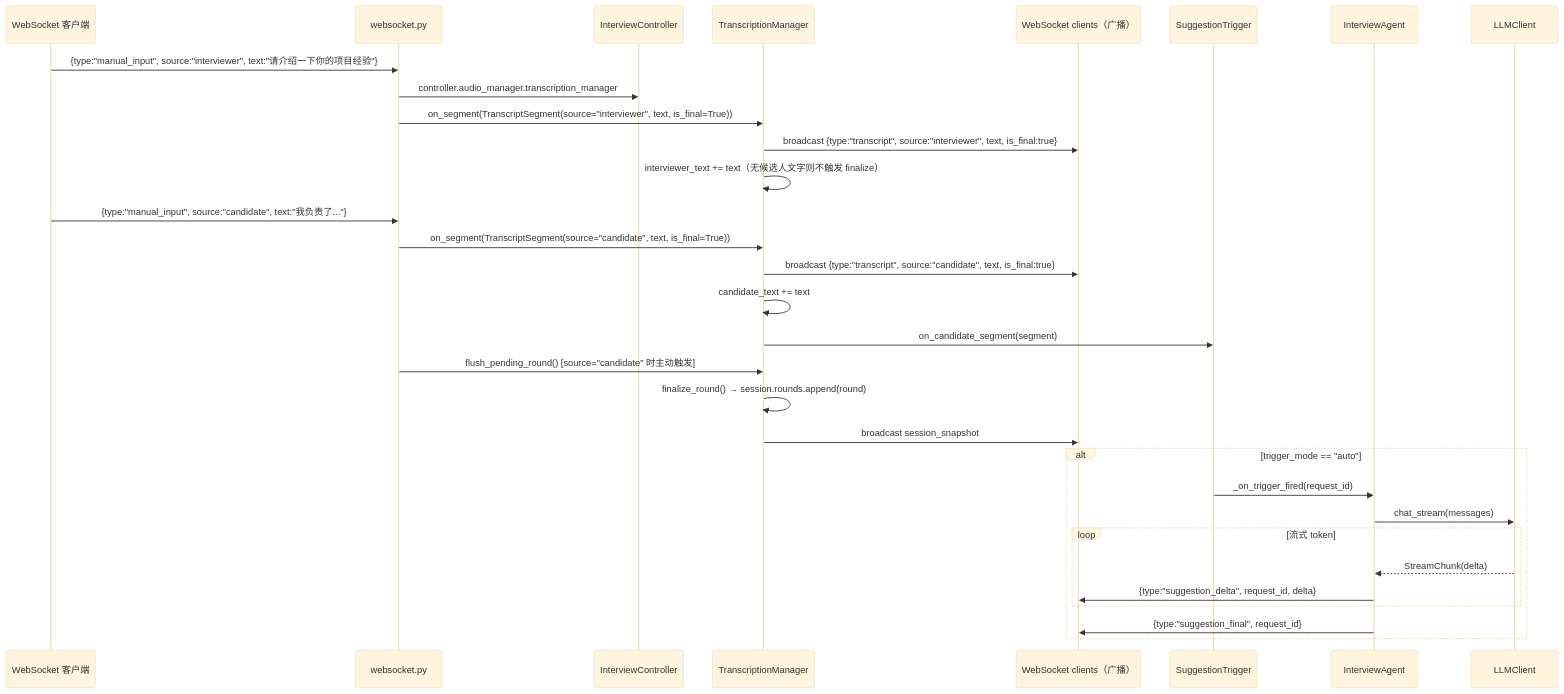
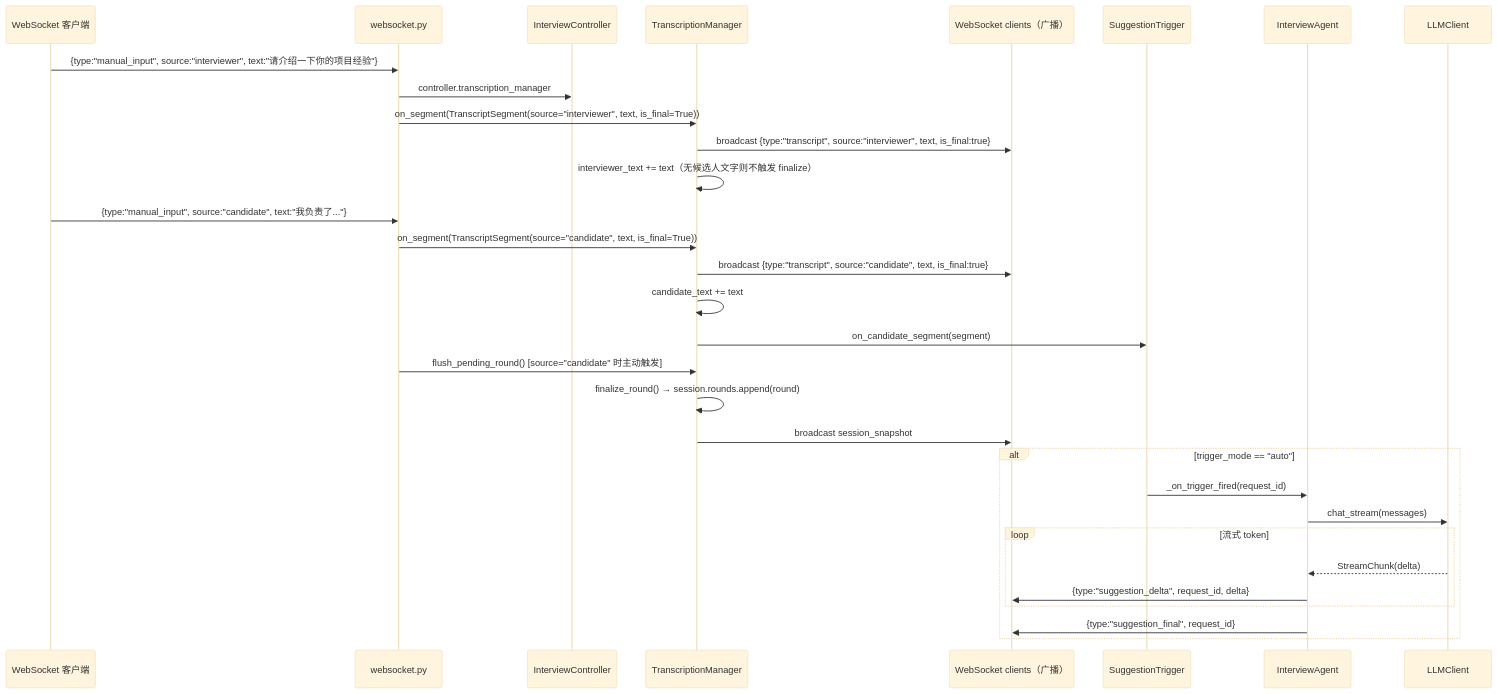
The fourth of 5 diagrams in docs/arc/flows.md (dygcjlu/interviewer-assistant), drawn with Mermaid (base theme) before and after one commit. The commit also changed other lines of this file and 31 other files, not shown here.

````diff
--- a/docs/arc/flows.md
+++ b/docs/arc/flows.md
@@ -141,35 +157,35 @@
 ```mermaid
 sequenceDiagram
     participant Client as WebSocket 客户端
     participant WS as websocket.py
     participant IC as InterviewController
     participant TM as TranscriptionManager
     participant WS2 as WebSocket clients（广播）
     participant Trig as SuggestionTrigger
     participant IA as InterviewAgent
     participant LLM as LLMClient
 
     Client->>WS: {type:"manual_input", source:"interviewer", text:"请介绍一下你的项目经验"}
-    WS->>IC: controller.audio_manager.transcription_manager
+    WS->>IC: controller.transcription_manager
     WS->>TM: on_segment(TranscriptSegment(source="interviewer", text, is_final=True))
     TM->>WS2: broadcast {type:"transcript", source:"interviewer", text, is_final:true}
     TM->>TM: interviewer_text += text（无候选人文字则不触发 finalize）
 
     Client->>WS: {type:"manual_input", source:"candidate", text:"我负责了..."}
     WS->>TM: on_segment(TranscriptSegment(source="candidate", text, is_final=True))
     TM->>WS2: broadcast {type:"transcript", source:"candidate", text, is_final:true}
     TM->>TM: candidate_text += text
     TM->>Trig: on_candidate_segment(segment)
     WS->>TM: flush_pending_round() [source="candidate" 时主动触发]
     TM->>TM: finalize_round() → session.rounds.append(round)
     TM->>WS2: broadcast session_snapshot
     alt trigger_mode == "auto"
         Trig->>IA: _on_trigger_fired(request_id)
         IA->>LLM: chat_stream(messages)
         loop 流式 token
             LLM-->>IA: StreamChunk(delta)
             IA->>WS2: {type:"suggestion_delta", request_id, delta}
         end
         IA->>WS2: {type:"suggestion_final", request_id}
     end
 ```
````
